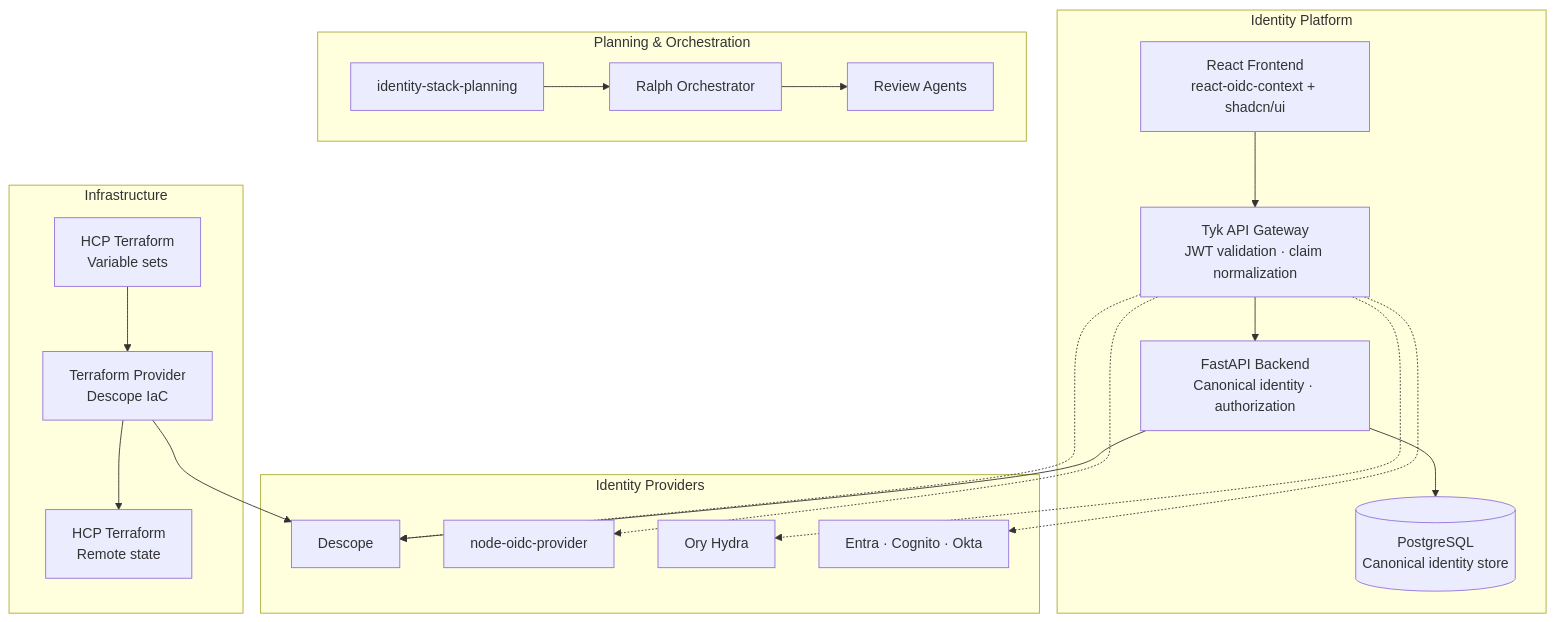
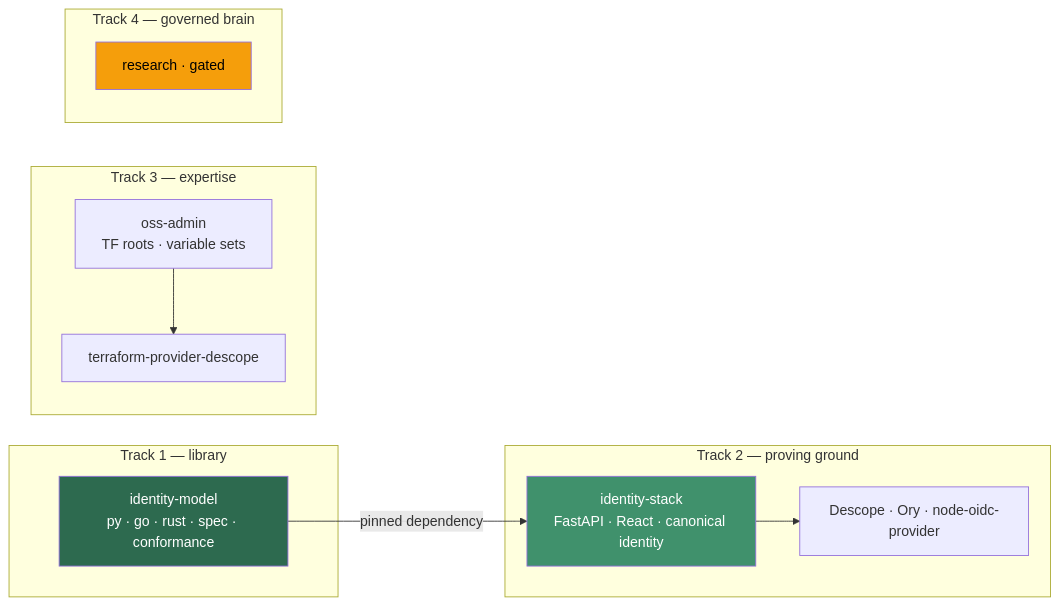
One commit to jamescrowley321/identity-stack-planning changed the first of 4 diagrams in README.md. Above: the diagram before and after it, drawn with Mermaid. The commit also changed other lines of this file and 90 other files, not shown here.

````diff
--- a/README.md
+++ b/README.md
@@ -11,35 +25,24 @@
 ```mermaid
-graph TB
-    subgraph app["Identity Platform"]
-        FE["React Frontend<br/>react-oidc-context + shadcn/ui"]
-        GW["Tyk API Gateway<br/>JWT validation · claim normalization"]
-        BE["FastAPI Backend<br/>Canonical identity · authorization"]
-        DB[("PostgreSQL<br/>Canonical identity store")]
+graph LR
+    subgraph t1["Track 1 — library"]
+        IM["identity-model<br/>py · go · rust · spec · conformance"]
     end
+    subgraph t2["Track 2 — proving ground"]
+        IS["identity-stack<br/>FastAPI · React · canonical identity"]
+        PROV["Descope · Ory · node-oidc-provider"]
+    end
+    subgraph t3["Track 3 — expertise"]
+        TFP["terraform-provider-descope"]
+        OSS["oss-admin<br/>TF roots · variable sets"]
+    end
+    subgraph t4["Track 4 — governed brain"]
+        GB["research · gated"]
+    end
+    IM -->|"pinned dependency"| IS
+    IS --> PROV
+    OSS --> TFP
 
-    subgraph providers["Identity Providers"]
-        DESC["Descope"]
-        OIDC["node-oidc-provider"]
-        ORY["Ory Hydra"]
-        CLOUD["Entra · Cognito · Okta"]
-    end
-
-    subgraph infra["Infrastructure"]
-        TF["Terraform Provider<br/>Descope IaC"]
-        VS["HCP Terraform<br/>Variable sets"]
-        HCP["HCP Terraform<br/>Remote state"]
-    end
-
-    subgraph planning["Planning & Orchestration"]
-        AP["identity-stack-planning"]
-        RALPH["Ralph Orchestrator"]
-        REVIEW["Review Agents"]
-    end
-
-    FE --> GW --> BE --> DB
-    GW -.-> DESC & OIDC & ORY & CLOUD
-    BE --> DESC
-    TF --> DESC & HCP
-    VS --> TF
-    AP --> RALPH --> REVIEW
+    style IM fill:#2d6a4f,color:#fff
+    style IS fill:#40916c,color:#fff
+    style GB fill:#f59e0b,color:#000
 ```
````
